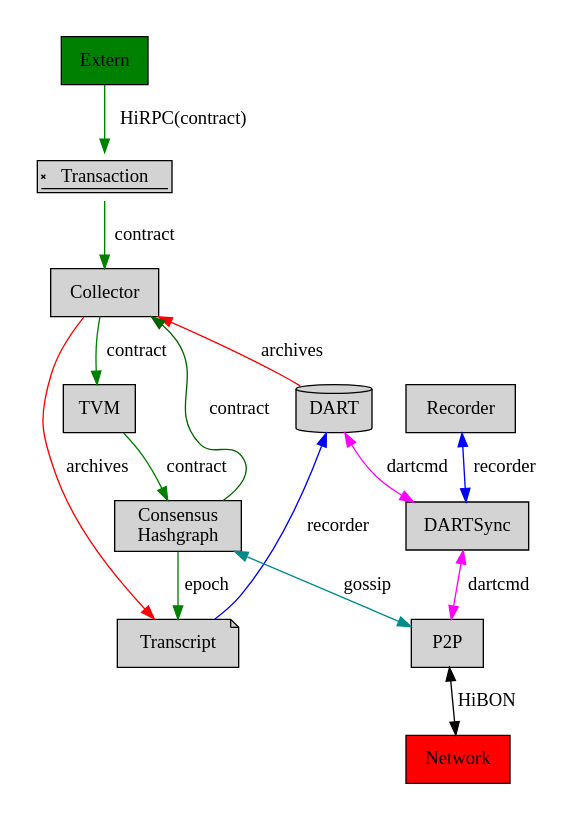
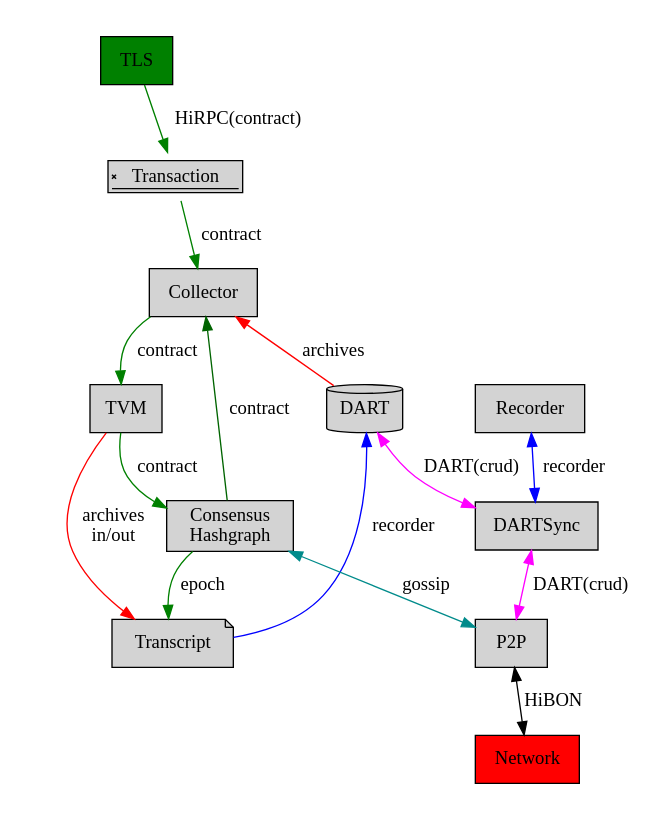
Before and after one commit to tagion/tagion: the first of 2 diagrams in documents/architecture/Network_Architecture.md, drawn with Graphviz. The commit also changed other lines of this file and 1 other file, not shown here.

Commit message:
DOC: Network Architecture updated

````diff
--- a/documents/architecture/Network_Architecture.md
+++ b/documents/architecture/Network_Architecture.md
@@ -29,43 +31,42 @@
 ```graphviz
 digraph G {
 rankdir=UD;
   compound=true;
   labelangle=35;
    node [style=filled]
   node [ shape = "rect"];
   DART [shape = cylinder]
-  Network, Extern [ style = rounded];
-  Extern [ style=filled fillcolor=green ];
+  TLS [ style=filled fillcolor=green ];
   Network [ style=filled fillcolor=red]
   Transaction [shape = signature]
   Transcript [shape = note]
   Consensus [label="Consensus\nHashgraph"]
   subgraph cluster_1 {
     peripheries=0;
     style = rounded;
-    Extern -> Transaction [label="HiRPC(contract)" color=green];
+    TLS -> Transaction [label="HiRPC(contract)" color=green];
  	Transaction -> Collector [label=contract color=green];
 	Collector -> TVM [label=contract color=green];
 	TVM -> Consensus [labelangle="45" label=contract color=green];
 	Consensus -> Collector [label=contract color=darkgreen];
 	Consensus -> Transcript [label=epoch color=green];
-    Collector -> Transcript [label=archives color=red];
+    TVM -> Transcript [label="archives\nin/out" color=red];
   };
   subgraph cluster_2 {
     peripheries=0;
 	DART;
     style = rounded;
   };
   subgraph cluster_3 {
     peripheries=0;
     style = rounded;
 	Recorder -> DARTSync [label=recorder color=blue dir=both];
-	DARTSync -> P2P [label=dartcmd dir=both color=magenta];
+	DARTSync -> P2P [label="DART(crud)" dir=both color=magenta];
 	P2P -> Network [label=HiBON dir=both];
   };
-  DART -> DARTSync [label=dartcmd dir=both color=magenta];
+  DART -> DARTSync [label="DART(crud)" dir=both color=magenta];
   DART -> Collector [label=archives color=red];
   Consensus -> P2P [label=gossip dir=both color=cyan4];
   Transcript -> DART [label=recorder color=blue];
 }
 ```
````
